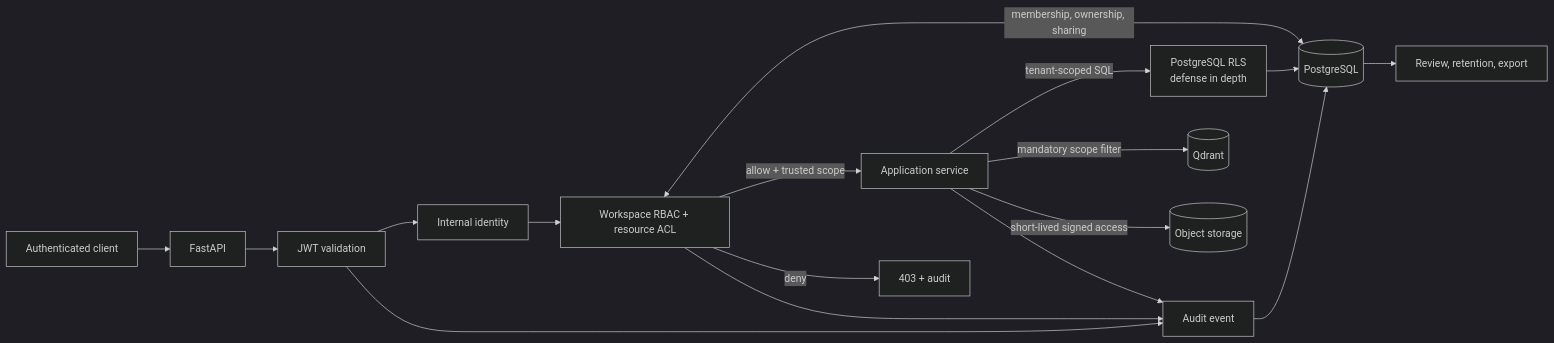
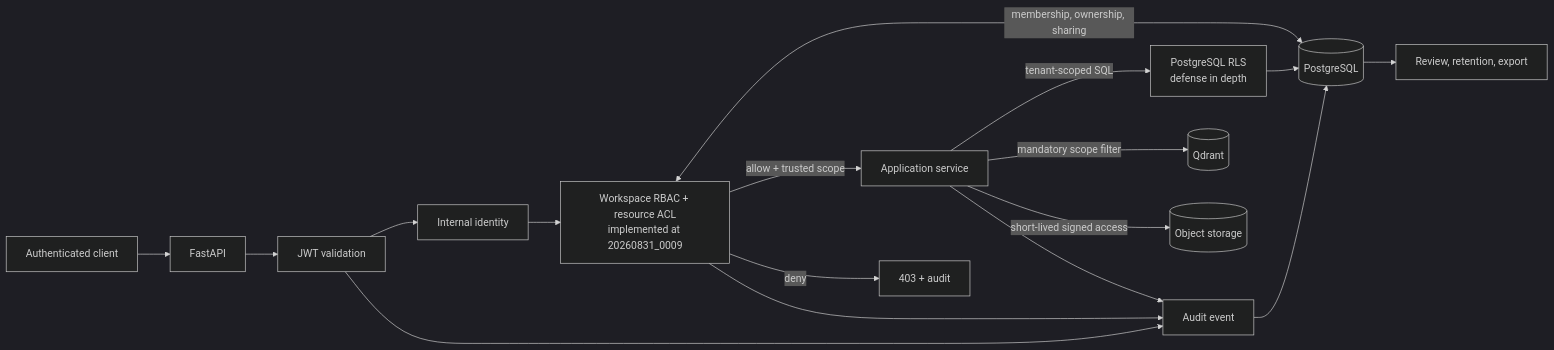
One commit to mvyas412/ai-projects changed the sixth of 11 diagrams in mm-rag-full-stack-genai-bootcamp-3.0/docs/architecture/ARCHITECTURE.md. Above: the diagram before and after it, drawn with Mermaid (dark theme). The commit also changed other lines of this file and 29 other files, not shown here.

Commit message:
feat(mm-rag): add Phase 4 policy and ACL foundation

````diff
--- a/mm-rag-full-stack-genai-bootcamp-3.0/docs/architecture/ARCHITECTURE.md
+++ b/mm-rag-full-stack-genai-bootcamp-3.0/docs/architecture/ARCHITECTURE.md
@@ -304,19 +304,19 @@
 ```mermaid
 flowchart LR
     client["Authenticated client"] --> api["FastAPI"]
     api --> jwt["JWT validation"]
     jwt --> identity["Internal identity"]
-    identity --> policy["Workspace RBAC + resource ACL"]
+    identity --> policy["Workspace RBAC + resource ACL<br/>implemented at 20260831_0009"]
     policy <-->|"membership, ownership, sharing"| pg[("PostgreSQL")]
     policy -->|"allow + trusted scope"| service["Application service"]
     policy -->|"deny"| denied["403 + audit"]
     service -->|"tenant-scoped SQL"| rls["PostgreSQL RLS<br/>defense in depth"]
     rls --> pg
     service -->|"mandatory scope filter"| qdrant[("Qdrant")]
     service -->|"short-lived signed access"| objects[("Object storage")]
     jwt --> audit["Audit event"]
     policy --> audit
     service --> audit
     audit --> pg
     pg --> compliance["Review, retention, export"]
 ```
````
